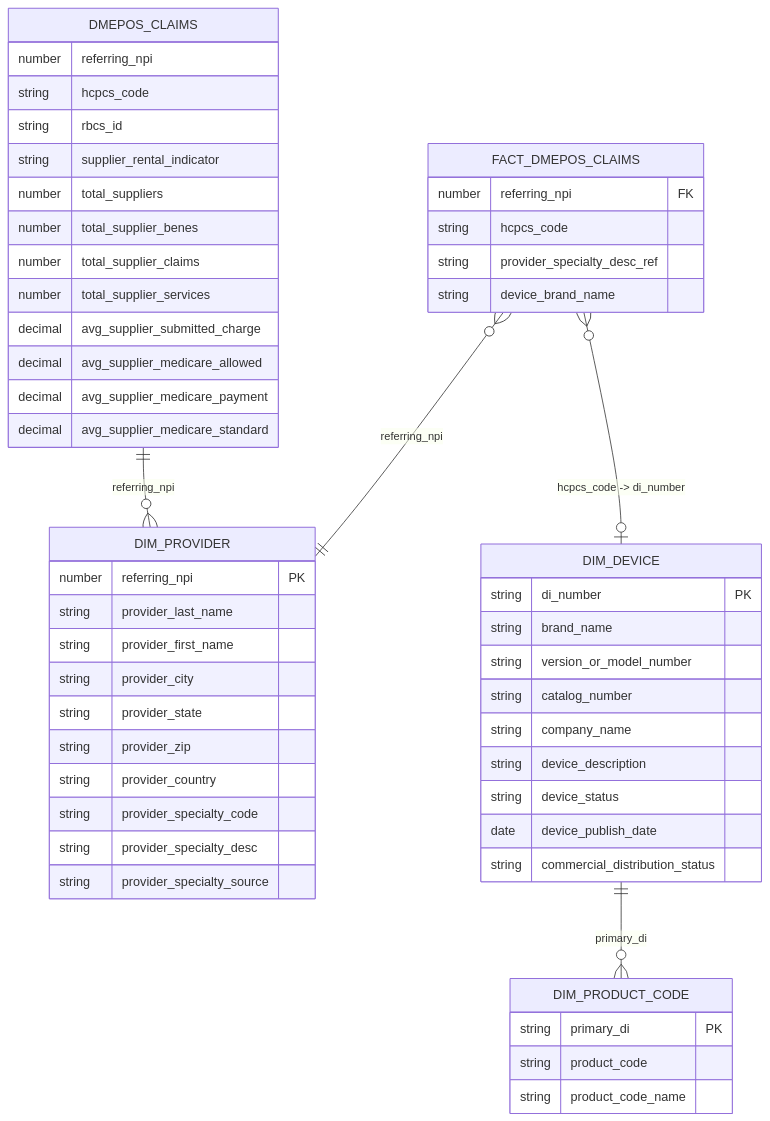
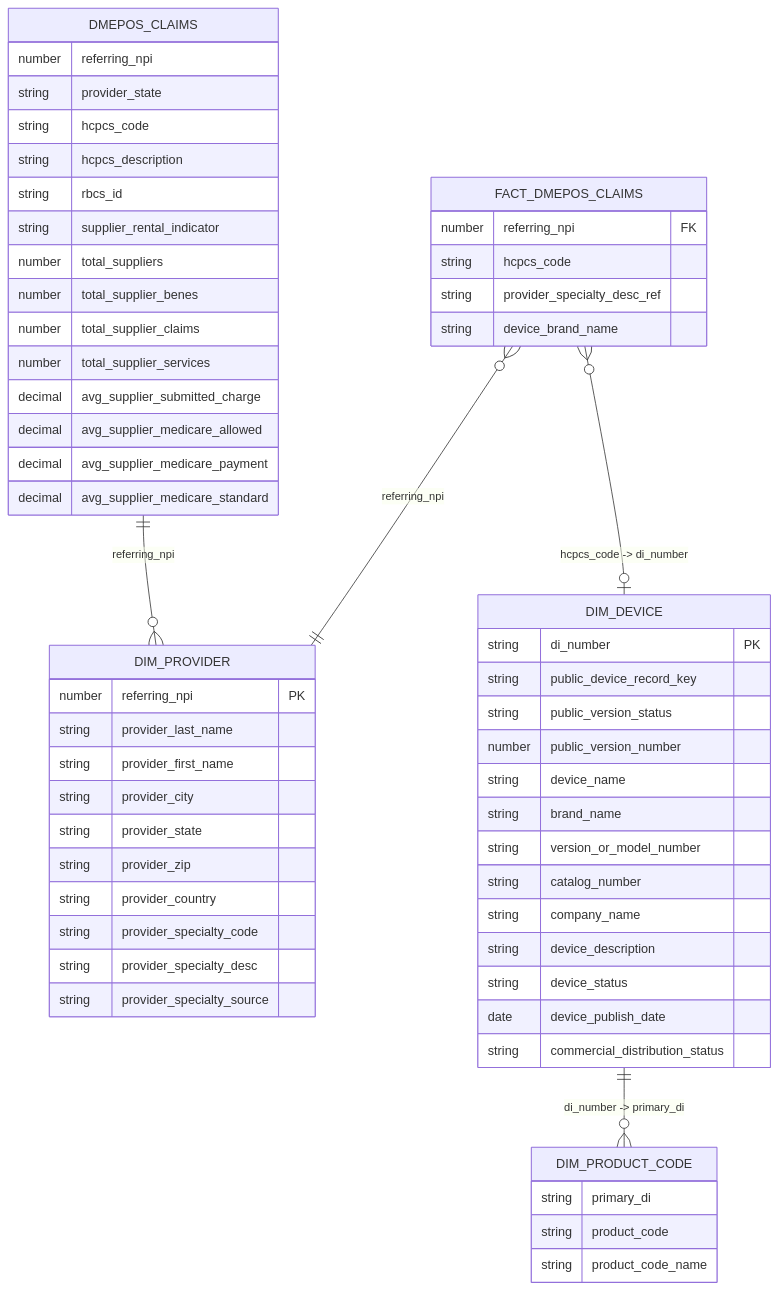
Before and after one commit to sahilbhange/snowflake-intelligence-medicare-pos-analyst: the diagram in docs/implementation/data_model.md, drawn with Mermaid. The commit also changed other lines of this file and 28 other files, not shown here.

````diff
--- a/docs/implementation/data_model.md
+++ b/docs/implementation/data_model.md
@@ -31,60 +31,66 @@
 ```mermaid
 erDiagram
     DMEPOS_CLAIMS {
         number referring_npi
+        string provider_state
         string hcpcs_code
+        string hcpcs_description
         string rbcs_id
         string supplier_rental_indicator
         number total_suppliers
         number total_supplier_benes
         number total_supplier_claims
         number total_supplier_services
         decimal avg_supplier_submitted_charge
         decimal avg_supplier_medicare_allowed
         decimal avg_supplier_medicare_payment
         decimal avg_supplier_medicare_standard
     }
 
     DIM_PROVIDER {
         number referring_npi PK
         string provider_last_name
         string provider_first_name
         string provider_city
         string provider_state
         string provider_zip
         string provider_country
         string provider_specialty_code
         string provider_specialty_desc
         string provider_specialty_source
     }
 
     DIM_DEVICE {
         string di_number PK
+        string public_device_record_key
+        string public_version_status
+        number public_version_number
+        string device_name
         string brand_name
         string version_or_model_number
         string catalog_number
         string company_name
         string device_description
         string device_status
         date device_publish_date
         string commercial_distribution_status
     }
 
     DIM_PRODUCT_CODE {
-        string primary_di PK
+        string primary_di
         string product_code
         string product_code_name
     }
 
     FACT_DMEPOS_CLAIMS {
         number referring_npi FK
         string hcpcs_code
         string provider_specialty_desc_ref
         string device_brand_name
     }
 
     DMEPOS_CLAIMS ||--o{ DIM_PROVIDER : "referring_npi"
-    DIM_DEVICE ||--o{ DIM_PRODUCT_CODE : "primary_di"
+    DIM_DEVICE ||--o{ DIM_PRODUCT_CODE : "di_number -> primary_di"
     FACT_DMEPOS_CLAIMS }o--|| DIM_PROVIDER : "referring_npi"
     FACT_DMEPOS_CLAIMS }o--o| DIM_DEVICE : "hcpcs_code -> di_number"
 ```
````
